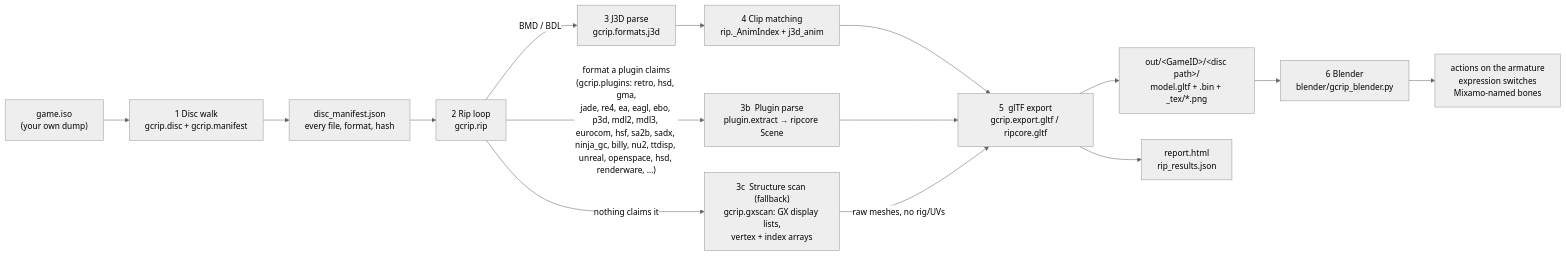
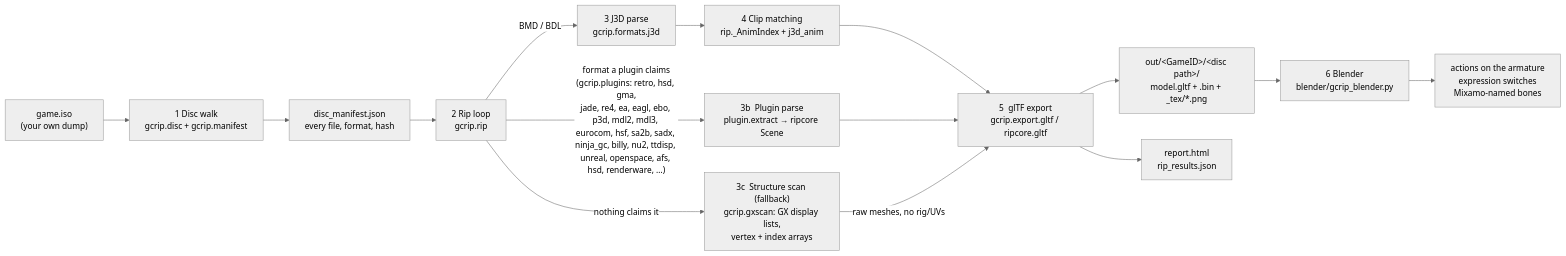
One commit to Felbs/3d-ripper-9000 changed the first of 9 diagrams in docs/PIPELINE.md. Above: the diagram before and after it, drawn with Mermaid (neutral theme). The commit also changed other lines of this file and 6 other files, not shown here.

First line of the commit message:
gcrip afs + konami_pac: TMNT 1 (Konami) - AFS archives as a named container, Konami texture packs (chunk 0x23 of rwID_IMAGE palettised images) in the RenderWare texture index; docs + note

````diff
--- a/docs/PIPELINE.md
+++ b/docs/PIPELINE.md
@@ -11,17 +11,17 @@
 ```mermaid
 flowchart LR
     ISO["game.iso<br/>(your own dump)"] --> WALK["1  Disc walk<br/>gcrip.disc + gcrip.manifest"]
     WALK --> MAN["disc_manifest.json<br/>every file, format, hash"]
     MAN --> RIP["2  Rip loop<br/>gcrip.rip"]
     RIP -->|"BMD / BDL"| J3D["3  J3D parse<br/>gcrip.formats.j3d"]
-    RIP -->|"format a plugin claims<br/>(gcrip.plugins: retro, hsd, gma,<br/>jade, re4, ea, eagl, ebo, p3d, mdl2, mdl3, eurocom, hsf, sa2b, sadx, ninja_gc, billy, nu2, ttdisp, unreal, openspace, hsd, renderware, …)"| PLUG["3b  Plugin parse<br/>plugin.extract → ripcore Scene"]
+    RIP -->|"format a plugin claims<br/>(gcrip.plugins: retro, hsd, gma,<br/>jade, re4, ea, eagl, ebo, p3d, mdl2, mdl3, eurocom, hsf, sa2b, sadx, ninja_gc, billy, nu2, ttdisp, unreal, openspace, afs, hsd, renderware, …)"| PLUG["3b  Plugin parse<br/>plugin.extract → ripcore Scene"]
     RIP -->|"nothing claims it"| GX["3c  Structure scan (fallback)<br/>gcrip.gxscan: GX display lists,<br/>vertex + index arrays"]
     J3D --> ANIM["4  Clip matching<br/>rip._AnimIndex + j3d_anim"]
     ANIM --> GLTF["5  glTF export<br/>gcrip.export.gltf / ripcore.gltf"]
     PLUG --> GLTF
     GX -->|"raw meshes, no rig/UVs"| GLTF
     GLTF --> OUT["out/&lt;GameID&gt;/&lt;disc path&gt;/<br/>model.gltf + .bin + _tex/*.png"]
     GLTF --> REP["report.html<br/>rip_results.json"]
     OUT --> BL["6  Blender<br/>blender/gcrip_blender.py"]
     BL --> PLAY["actions on the armature<br/>expression switches<br/>Mixamo-named bones"]
 ```
````
